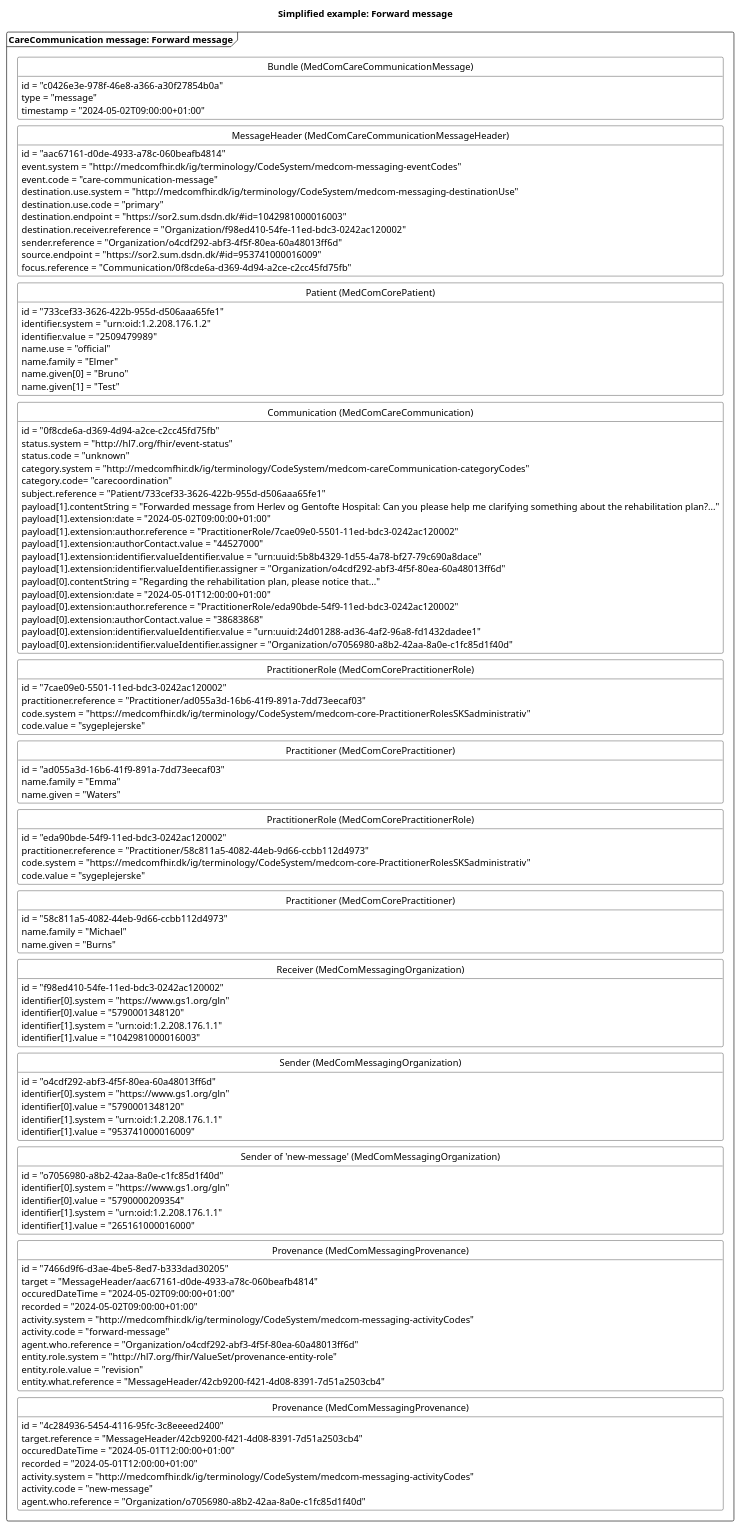
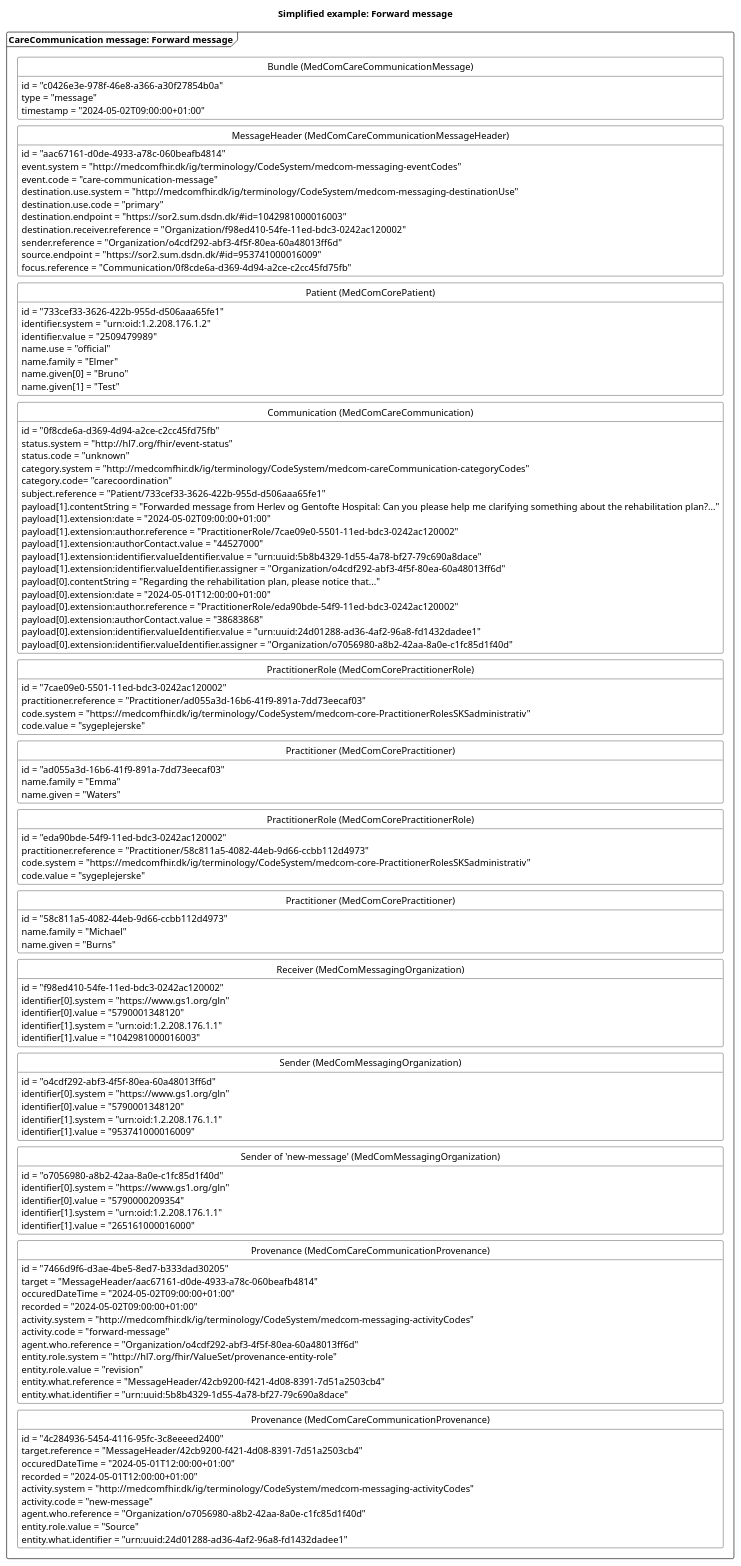
Before and after one commit to medcomdk/dk-medcom-carecommunication: the diagram in puml/CareCommunicationForwardMessage.puml, drawn with PlantUML. The commit also changed 36 other files, not shown here.

```diff
--- a/puml/CareCommunicationForwardMessage.puml
+++ b/puml/CareCommunicationForwardMessage.puml
@@ -1,145 +1,148 @@
 @startuml CCForwardMessage2
 
 'layout
 skinparam class {
     BackgroundColor White
     BorderColor Black
     ArrowColor Black
   }
 hide circle
 hide empty members
 skinparam SameClassWidth true
 skinparam Ranksep 10
 
 
 'title
 title Simplified example: Forward message
 
 'Message 1: Forward message
 package "CareCommunication message: Forward message" as forward <<Frame>>{
     class "Bundle (MedComCareCommunicationMessage)" as forwardB {
         id = "c0426e3e-978f-46e8-a366-a30f27854b0a"
         type = "message"
         timestamp = "2024-05-02T09:00:00+01:00"
     }
     class "MessageHeader (MedComCareCommunicationMessageHeader)" as forwardMH{
         id = "aac67161-d0de-4933-a78c-060beafb4814"
         event.system = "http://medcomfhir.dk/ig/terminology/CodeSystem/medcom-messaging-eventCodes"
         event.code = "care-communication-message"
         destination.use.system = "http://medcomfhir.dk/ig/terminology/CodeSystem/medcom-messaging-destinationUse"
         destination.use.code = "primary"
         destination.endpoint = "https://sor2.sum.dsdn.dk/#id=1042981000016003"
         destination.receiver.reference = "Organization/f98ed410-54fe-11ed-bdc3-0242ac120002"
         sender.reference = "Organization/o4cdf292-abf3-4f5f-80ea-60a48013ff6d"
         source.endpoint = "https://sor2.sum.dsdn.dk/#id=953741000016009"
         focus.reference = "Communication/0f8cde6a-d369-4d94-a2ce-c2cc45fd75fb"
     }
     class "Patient (MedComCorePatient)" as forwardPT{
         id = "733cef33-3626-422b-955d-d506aaa65fe1"
         identifier.system = "urn:oid:1.2.208.176.1.2"
         identifier.value = "2509479989"
         name.use = "official"
         name.family = "Elmer"
         name.given[0] = "Bruno"
         name.given[1] = "Test"
     }
     class "Communication (MedComCareCommunication)" as forwardCom{
         id = "0f8cde6a-d369-4d94-a2ce-c2cc45fd75fb"
         status.system = "http://hl7.org/fhir/event-status" 
         status.code = "unknown"
         category.system = "http://medcomfhir.dk/ig/terminology/CodeSystem/medcom-careCommunication-categoryCodes"
         category.code= "carecoordination"
         subject.reference = "Patient/733cef33-3626-422b-955d-d506aaa65fe1"
         payload[1].contentString = "Forwarded message from Herlev og Gentofte Hospital: Can you please help me clarifying something about the rehabilitation plan?..."
         payload[1].extension:date = "2024-05-02T09:00:00+01:00"
         payload[1].extension:author.reference = "PractitionerRole/7cae09e0-5501-11ed-bdc3-0242ac120002"
         payload[1].extension:authorContact.value = "44527000"
         payload[1].extension:identifier.valueIdentifier.value = "urn:uuid:5b8b4329-1d55-4a78-bf27-79c690a8dace"
         payload[1].extension:identifier.valueIdentifier.assigner = "Organization/o4cdf292-abf3-4f5f-80ea-60a48013ff6d"
         payload[0].contentString = "Regarding the rehabilitation plan, please notice that..."
         payload[0].extension:date = "2024-05-01T12:00:00+01:00"
         payload[0].extension:author.reference = "PractitionerRole/eda90bde-54f9-11ed-bdc3-0242ac120002"
         payload[0].extension:authorContact.value = "38683868"
         payload[0].extension:identifier.valueIdentifier.value = "urn:uuid:24d01288-ad36-4af2-96a8-fd1432dadee1"
         payload[0].extension:identifier.valueIdentifier.assigner = "Organization/o7056980-a8b2-42aa-8a0e-c1fc85d1f40d"
     }
     class "PractitionerRole (MedComCorePractitionerRole)" as forwardPracR{
         id = "7cae09e0-5501-11ed-bdc3-0242ac120002"
         practitioner.reference = "Practitioner/ad055a3d-16b6-41f9-891a-7dd73eecaf03"
         code.system = "https://medcomfhir.dk/ig/terminology/CodeSystem/medcom-core-PractitionerRolesSKSadministrativ"
         code.value = "sygeplejerske"
     }
     class "Practitioner (MedComCorePractitioner)" as forwardPrac{
         id = "ad055a3d-16b6-41f9-891a-7dd73eecaf03"
         name.family = "Emma"
         name.given = "Waters"
     }
     class "PractitionerRole (MedComCorePractitionerRole)" as newPracR{
         id = "eda90bde-54f9-11ed-bdc3-0242ac120002"
         practitioner.reference = "Practitioner/58c811a5-4082-44eb-9d66-ccbb112d4973"
         code.system = "https://medcomfhir.dk/ig/terminology/CodeSystem/medcom-core-PractitionerRolesSKSadministrativ"
         code.value = "sygeplejerske"
     }
     class "Practitioner (MedComCorePractitioner)" as newPrac{
         id = "58c811a5-4082-44eb-9d66-ccbb112d4973"
         name.family = "Michael"
         name.given = "Burns"
     }
     class "Receiver (MedComMessagingOrganization)" as forwardROrg{
         id = "f98ed410-54fe-11ed-bdc3-0242ac120002"
         identifier[0].system = "https://www.gs1.org/gln"
         identifier[0].value = "5790001348120"
         identifier[1].system = "urn:oid:1.2.208.176.1.1"
         identifier[1].value = "1042981000016003"
     }
     class "Sender (MedComMessagingOrganization)" as forwardSOrg{
         id = "o4cdf292-abf3-4f5f-80ea-60a48013ff6d"
         identifier[0].system = "https://www.gs1.org/gln"
         identifier[0].value = "5790001348120"
         identifier[1].system = "urn:oid:1.2.208.176.1.1"
         identifier[1].value = "953741000016009"
     }
     class "Sender of 'new-message' (MedComMessagingOrganization)" as senderOrg{
         id = "o7056980-a8b2-42aa-8a0e-c1fc85d1f40d"
         identifier[0].system = "https://www.gs1.org/gln"
         identifier[0].value = "5790000209354"
         identifier[1].system = "urn:oid:1.2.208.176.1.1"
         identifier[1].value = "265161000016000"
     }
-    class "Provenance (MedComMessagingProvenance)" as forwardPRO{
+    class "Provenance (MedComCareCommunicationProvenance)" as forwardPRO{
         id = "7466d9f6-d3ae-4be5-8ed7-b333dad30205"
         target = "MessageHeader/aac67161-d0de-4933-a78c-060beafb4814"
         occuredDateTime = "2024-05-02T09:00:00+01:00"
         recorded = "2024-05-02T09:00:00+01:00"
         activity.system = "http://medcomfhir.dk/ig/terminology/CodeSystem/medcom-messaging-activityCodes"
         activity.code = "forward-message"
         agent.who.reference = "Organization/o4cdf292-abf3-4f5f-80ea-60a48013ff6d"
         entity.role.system = "http://hl7.org/fhir/ValueSet/provenance-entity-role"
         entity.role.value = "revision"
         entity.what.reference = "MessageHeader/42cb9200-f421-4d08-8391-7d51a2503cb4"
+        entity.what.identifier = "urn:uuid:5b8b4329-1d55-4a78-bf27-79c690a8dace"
     }
-    class "Provenance (MedComMessagingProvenance)" as newPRO{
+    class "Provenance (MedComCareCommunicationProvenance)" as newPRO{
         id = "4c284936-5454-4116-95fc-3c8eeeed2400"
         target.reference = "MessageHeader/42cb9200-f421-4d08-8391-7d51a2503cb4"
         occuredDateTime = "2024-05-01T12:00:00+01:00"
         recorded = "2024-05-01T12:00:00+01:00"
         activity.system = "http://medcomfhir.dk/ig/terminology/CodeSystem/medcom-messaging-activityCodes"
         activity.code = "new-message"
         agent.who.reference = "Organization/o7056980-a8b2-42aa-8a0e-c1fc85d1f40d"
+        entity.role.value = "Source"
+        entity.what.identifier = "urn:uuid:24d01288-ad36-4af2-96a8-fd1432dadee1"
     }
 
 forwardB -[hidden]- forwardMH
 forwardMH -[hidden]-forwardPT
 forwardPT-[hidden]-forwardCom
 forwardCom -[hidden]-forwardPracR
 forwardPracR-[hidden]-forwardPrac
 forwardPrac-[hidden]-newPracR
 newPracR-[hidden]-newPrac
 newPrac-[hidden]-forwardROrg
 forwardROrg-[hidden]- forwardSOrg
 forwardSOrg-[hidden]-senderOrg
 senderOrg-[hidden]-forwardPRO
 forwardPRO-[hidden]-newPRO
 
 
 @enduml
```
